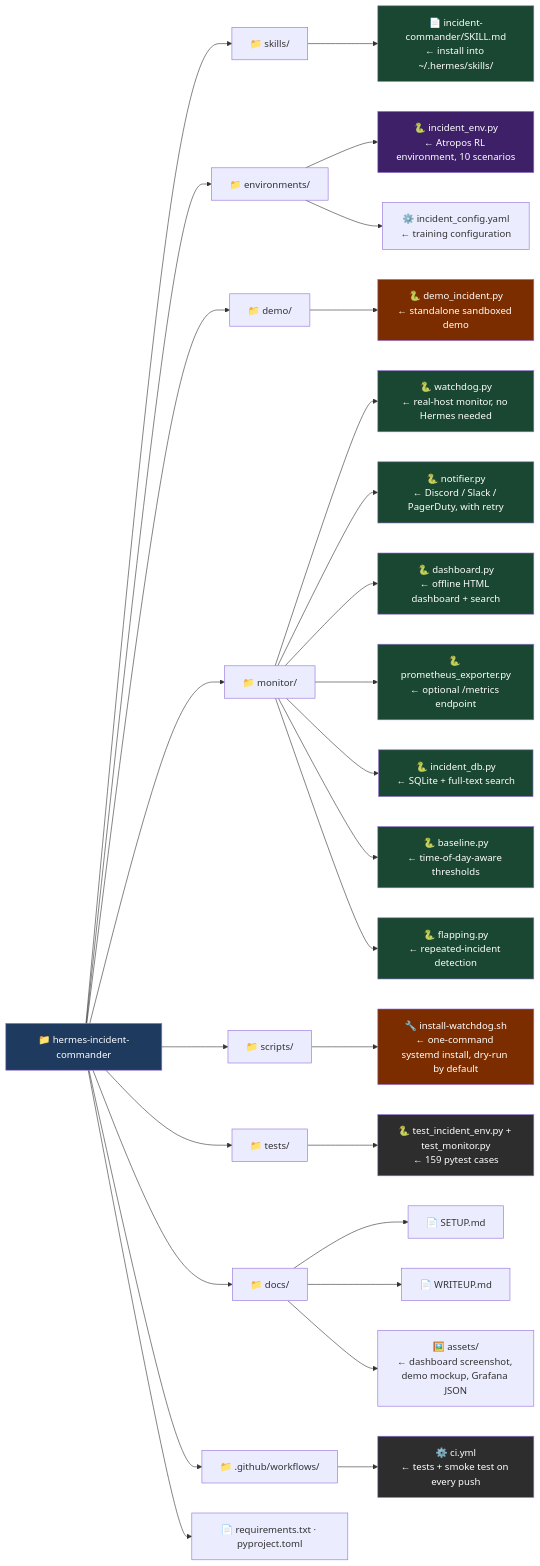
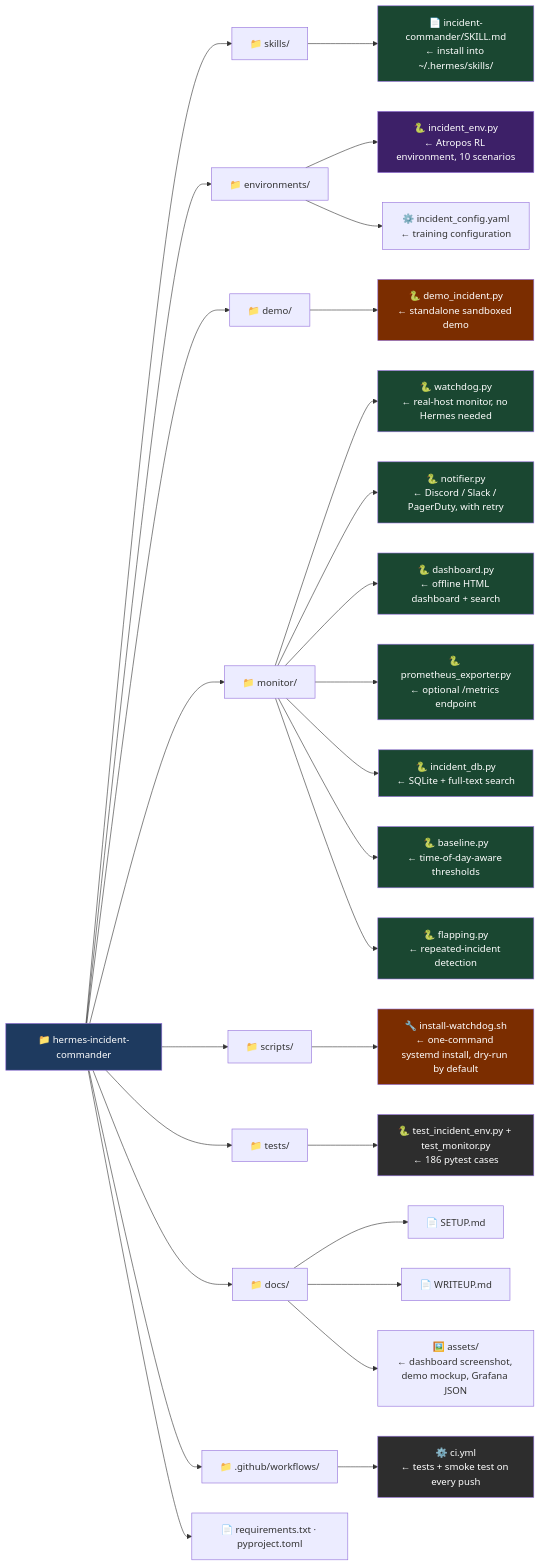
The second of 3 diagrams in README.md (Lethe044/hermes-incident-commander), drawn with Mermaid before and after one commit. The commit also changed other lines of this file and 9 other files, not shown here.

````diff
--- a/README.md
+++ b/README.md
@@ -335,54 +368,54 @@
 ```mermaid
 graph LR
     ROOT["📁 hermes-incident-commander"]
 
     ROOT --> SKILLS["📁 skills/"]
     ROOT --> ENVS["📁 environments/"]
     ROOT --> DEMO["📁 demo/"]
     ROOT --> MON["📁 monitor/"]
     ROOT --> SCRIPTS["📁 scripts/"]
     ROOT --> TESTS["📁 tests/"]
     ROOT --> DOCS["📁 docs/"]
     ROOT --> CI["📁 .github/workflows/"]
     ROOT --> REQ["📄 requirements.txt · pyproject.toml"]
 
     SKILLS --> SKILL_MD["📄 incident-commander/SKILL.md<br/>← install into ~/.hermes/skills/"]
 
     ENVS --> ENV_PY["🐍 incident_env.py<br/>← Atropos RL environment, 10 scenarios"]
     ENVS --> ENV_CFG["⚙️ incident_config.yaml<br/>← training configuration"]
 
     DEMO --> DEMO_PY["🐍 demo_incident.py<br/>← standalone sandboxed demo"]
 
     MON --> WATCHDOG["🐍 watchdog.py<br/>← real-host monitor, no Hermes needed"]
     MON --> NOTIFY["🐍 notifier.py<br/>← Discord / Slack / PagerDuty, with retry"]
     MON --> DASH["🐍 dashboard.py<br/>← offline HTML dashboard + search"]
     MON --> PROM["🐍 prometheus_exporter.py<br/>← optional /metrics endpoint"]
     MON --> IDB["🐍 incident_db.py<br/>← SQLite + full-text search"]
     MON --> BASE["🐍 baseline.py<br/>← time-of-day-aware thresholds"]
     MON --> FLAP["🐍 flapping.py<br/>← repeated-incident detection"]
 
     SCRIPTS --> INSTALL["🔧 install-watchdog.sh<br/>← one-command systemd install, dry-run by default"]
 
-    TESTS --> TEST_PY["🐍 test_incident_env.py + test_monitor.py<br/>← 159 pytest cases"]
+    TESTS --> TEST_PY["🐍 test_incident_env.py + test_monitor.py<br/>← 186 pytest cases"]
 
     DOCS --> SETUP["📄 SETUP.md"]
     DOCS --> WRITEUP["📄 WRITEUP.md"]
     DOCS --> ASSETS["🖼️ assets/<br/>← dashboard screenshot, demo mockup, Grafana JSON"]
 
     CI --> CIWORKFLOW["⚙️ ci.yml<br/>← tests + smoke test on every push"]
 
     style ROOT fill:#1e3a5f,color:#fff
     style SKILL_MD fill:#1a4731,color:#fff
     style ENV_PY fill:#3d2068,color:#fff
     style DEMO_PY fill:#7b2d00,color:#fff
     style TEST_PY fill:#2d2d2d,color:#fff
     style WATCHDOG fill:#1a4731,color:#fff
     style NOTIFY fill:#1a4731,color:#fff
     style DASH fill:#1a4731,color:#fff
     style PROM fill:#1a4731,color:#fff
     style IDB fill:#1a4731,color:#fff
     style BASE fill:#1a4731,color:#fff
     style FLAP fill:#1a4731,color:#fff
     style INSTALL fill:#7b2d00,color:#fff
     style CIWORKFLOW fill:#2d2d2d,color:#fff
 ```
````
